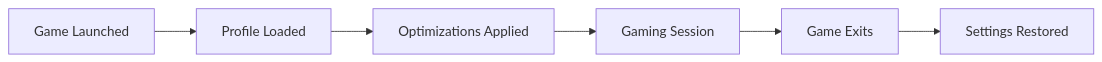
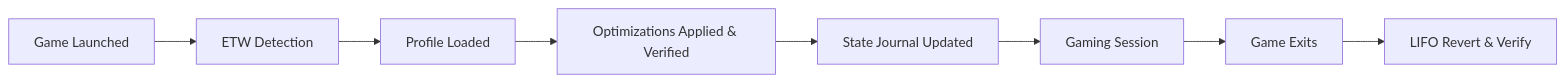
The diagram in README.md (lhceist41/GameShift), drawn with Mermaid before and after one commit. The commit also changed other lines of this file, not shown here.

````diff
--- a/README.md
+++ b/README.md
@@ -125,8 +131,10 @@
 ```mermaid
 graph LR
-    A[Game Launched] --> B[Profile Loaded]
-    B --> C[Optimizations Applied]
-    C --> D[Gaming Session]
-    D --> E[Game Exits]
-    E --> F[Settings Restored]
+    A[Game Launched] --> B[ETW Detection]
+    B --> C[Profile Loaded]
+    C --> D[Optimizations Applied & Verified]
+    D --> E[State Journal Updated]
+    E --> F[Gaming Session]
+    F --> G[Game Exits]
+    G --> H[LIFO Revert & Verify]
 ```
````
